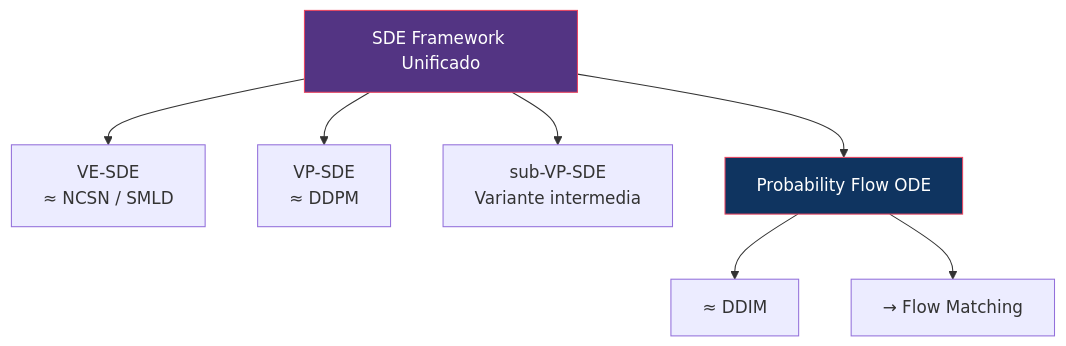
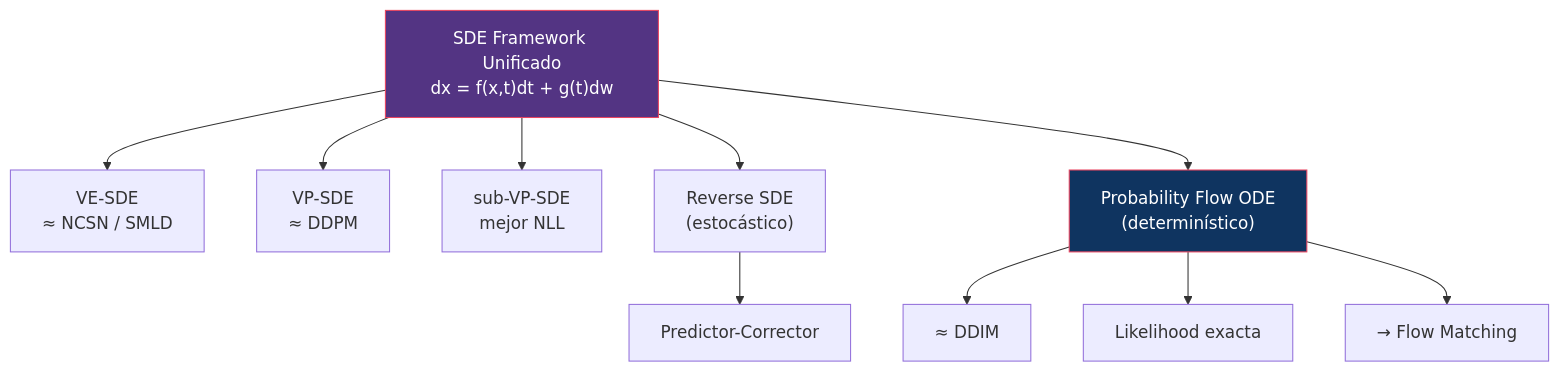
Before and after one commit to DavidDevGt/DifusionReal: the third of 4 diagrams in 04-score-models/README.md, drawn with Mermaid. The commit also changed other lines of this file, not shown here.

````diff
--- a/04-score-models/README.md
+++ b/04-score-models/README.md
@@ -199,15 +279,19 @@
 ```mermaid
 graph TB
-    SDE["SDE Framework Unificado"]
+    SDE["SDE Framework Unificado<br/>dx = f(x,t)dt + g(t)dw"]
 
     SDE --> VE_SDE["VE-SDE<br/>≈ NCSN / SMLD"]
     SDE --> VP_SDE["VP-SDE<br/>≈ DDPM"]
-    SDE --> SUB_VP["sub-VP-SDE<br/>Variante intermedia"]
+    SDE --> SUB_VP["sub-VP-SDE<br/>mejor NLL"]
 
-    SDE --> ODE["Probability Flow ODE"]
+    SDE --> REV["Reverse SDE<br/>(estocástico)"]
+    SDE --> ODE["Probability Flow ODE<br/>(determinístico)"]
+
+    REV --> PC["Predictor-Corrector"]
     ODE --> DDIM2["≈ DDIM"]
+    ODE --> LIK["Likelihood exacta"]
     ODE --> FM2["→ Flow Matching"]
 
     style SDE fill:#533483,stroke:#e94560,color:#fff
     style ODE fill:#0f3460,stroke:#e94560,color:#fff
 ```
````
